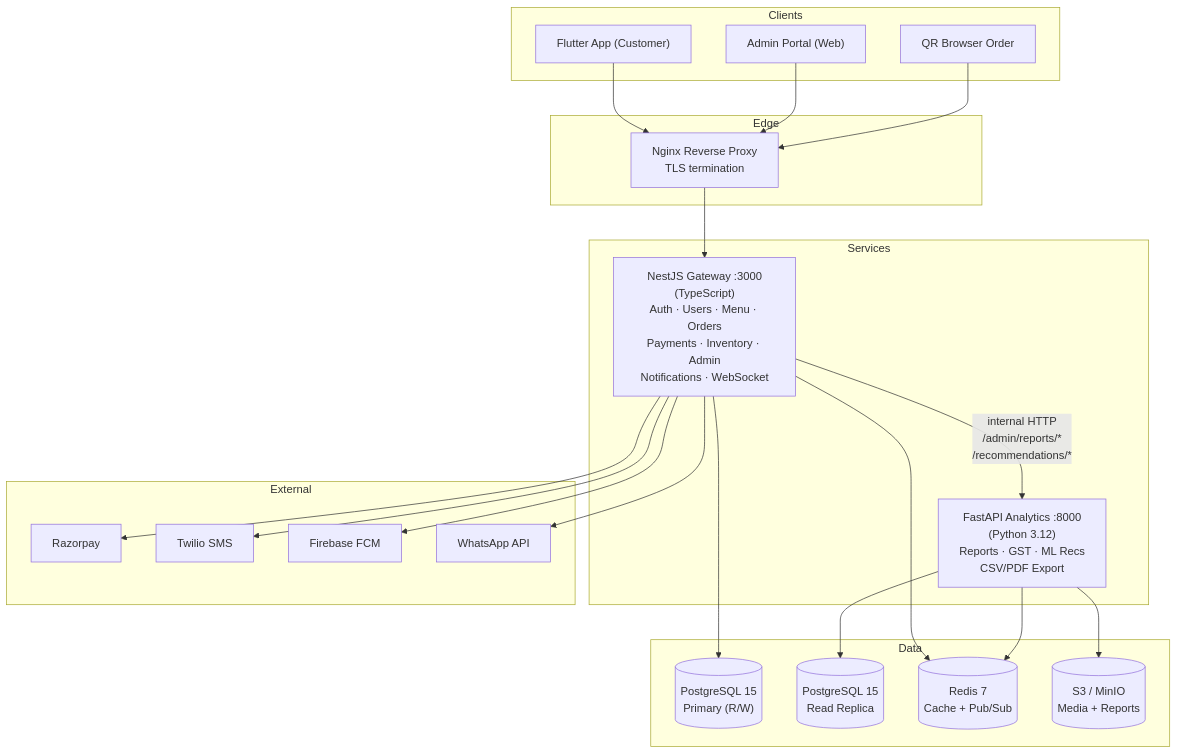
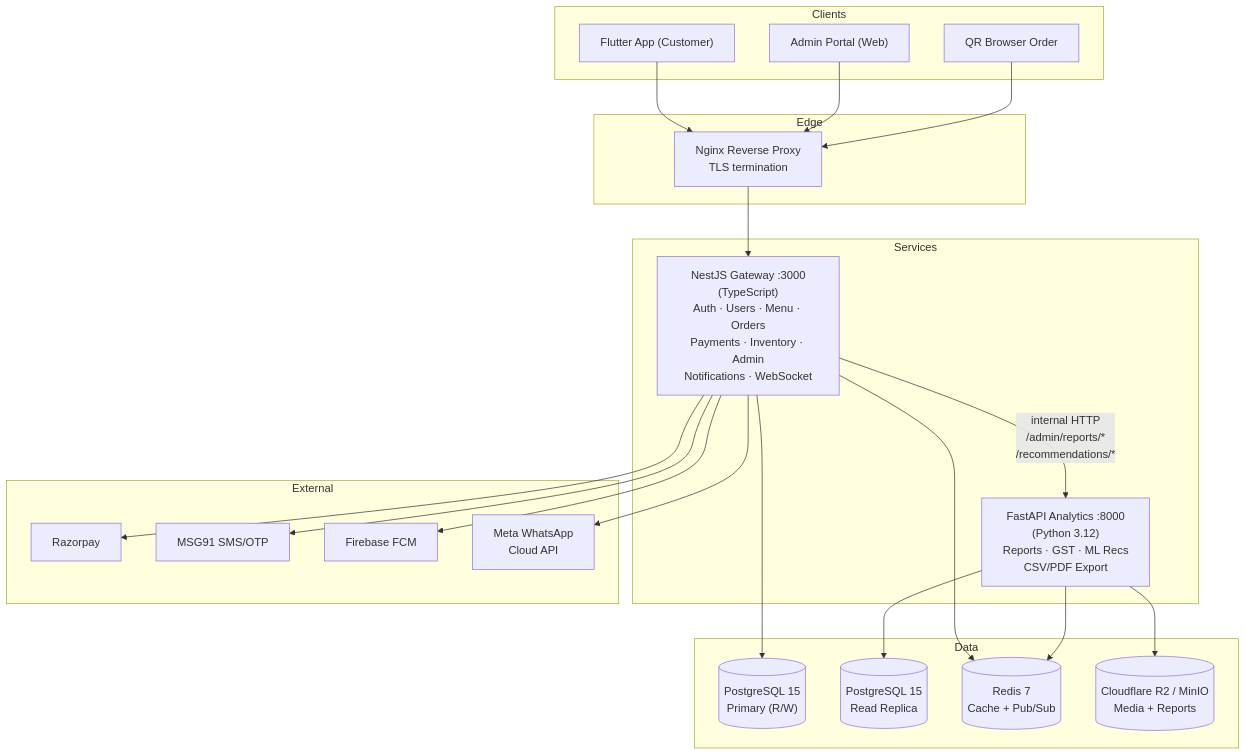
The first of 10 diagrams in campus_food_ordering_system/docs/backend_api_system_design.md (csanni/frescos-app), drawn with Mermaid before and after one commit. The commit also changed other lines of this file, not shown here.

````diff
--- a/campus_food_ordering_system/docs/backend_api_system_design.md
+++ b/campus_food_ordering_system/docs/backend_api_system_design.md
@@ -80,41 +82,41 @@
 ```mermaid
 flowchart TB
     subgraph Clients
         FLUTTER["Flutter App (Customer)"]
         ADMIN["Admin Portal (Web)"]
         BROWSER["QR Browser Order"]
     end
 
     subgraph Edge
         NGINX["Nginx Reverse Proxy\nTLS termination"]
     end
 
     subgraph Services
         NEST["NestJS Gateway :3000\n(TypeScript)\nAuth · Users · Menu · Orders\nPayments · Inventory · Admin\nNotifications · WebSocket"]
         FAST["FastAPI Analytics :8000\n(Python 3.12)\nReports · GST · ML Recs\nCSV/PDF Export"]
     end
 
     subgraph Data
         PG_PRIMARY[("PostgreSQL 15\nPrimary (R/W)")]
         PG_REPLICA[("PostgreSQL 15\nRead Replica")]
         REDIS[("Redis 7\nCache + Pub/Sub")]
-        S3[("S3 / MinIO\nMedia + Reports")]
+        R2[("Cloudflare R2 / MinIO\nMedia + Reports")]
     end
 
     subgraph External
         RAZORPAY["Razorpay"]
-        TWILIO["Twilio SMS"]
+        MSG91["MSG91 SMS/OTP"]
         FCM["Firebase FCM"]
-        WHATSAPP["WhatsApp API"]
+        WHATSAPP["Meta WhatsApp\nCloud API"]
     end
 
     FLUTTER & ADMIN & BROWSER --> NGINX
     NGINX --> NEST
     NEST -- "internal HTTP\n/admin/reports/*\n/recommendations/*" --> FAST
     NEST --> PG_PRIMARY
     NEST --> REDIS
     FAST --> PG_REPLICA
     FAST --> REDIS
-    FAST --> S3
-    NEST --> RAZORPAY & TWILIO & FCM & WHATSAPP
+    FAST --> R2
+    NEST --> RAZORPAY & MSG91 & FCM & WHATSAPP
 ```
````
